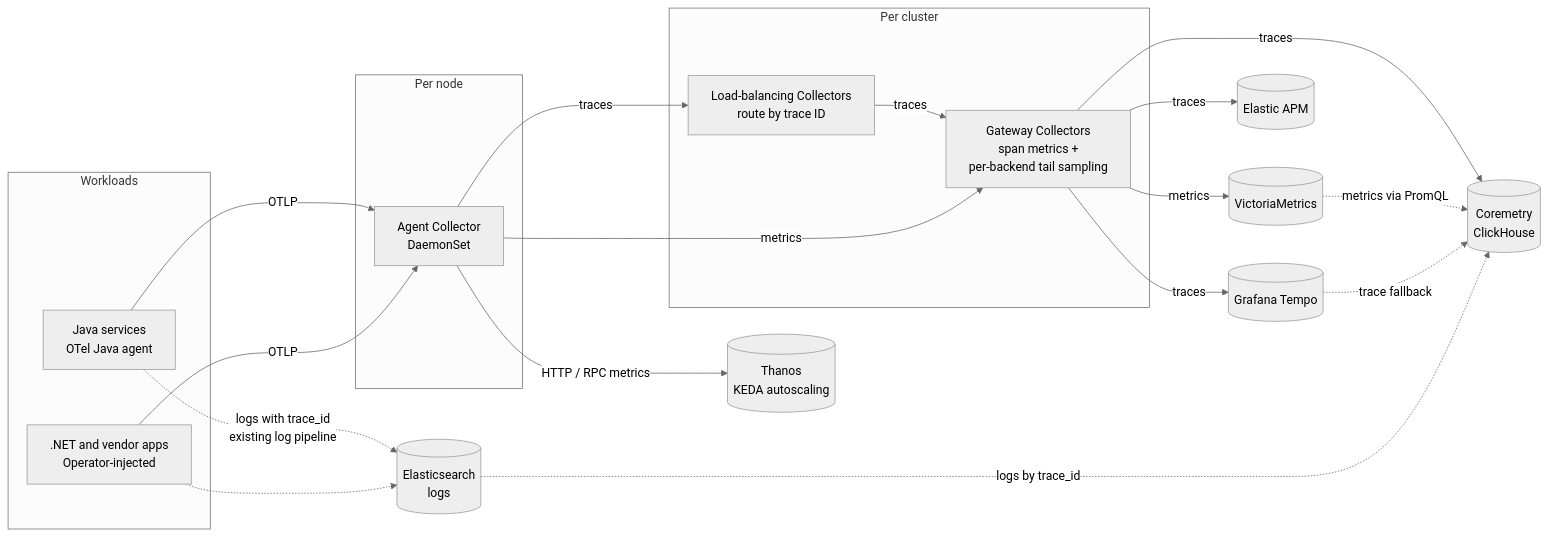
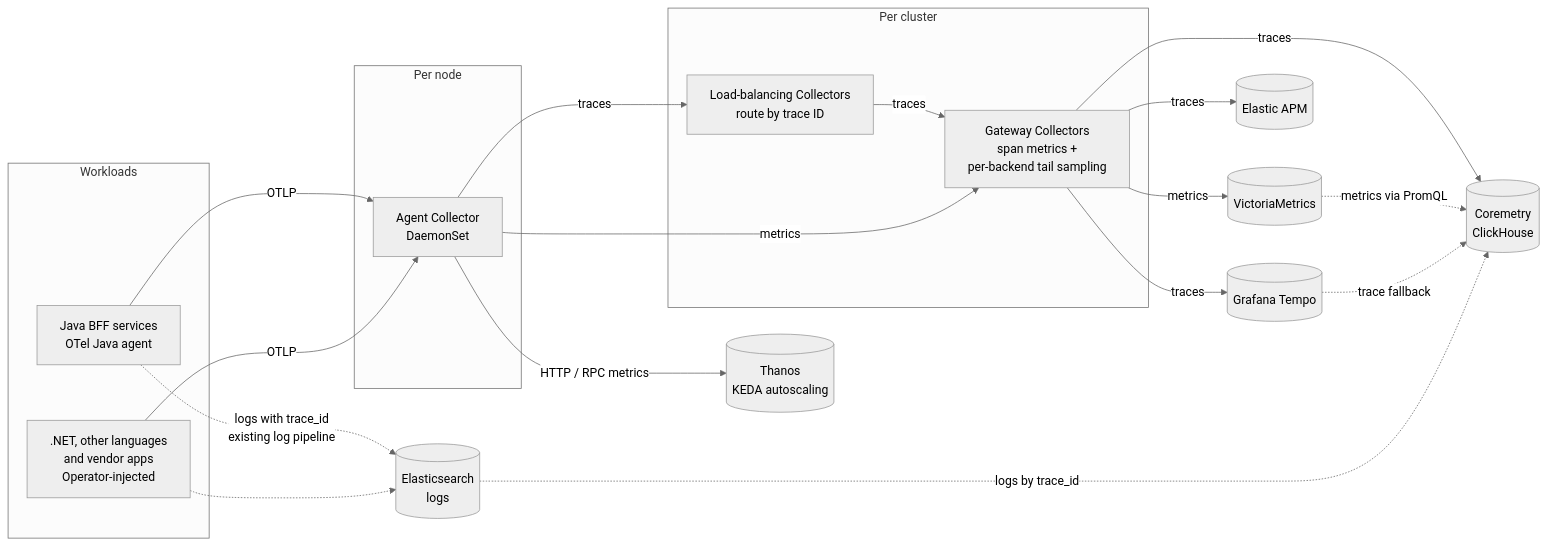
Before and after one commit to open-telemetry/opentelemetry.io: the diagram in content/en/docs/guidance/reference-implementations/akbank/index.md, drawn with Mermaid (neutral theme). The commit also changed other lines of this file, not shown here.

Commit message:
Akbank reference implementation: Java BFF services; .NET and other languages

````diff
--- a/content/en/docs/guidance/reference-implementations/akbank/index.md
+++ b/content/en/docs/guidance/reference-implementations/akbank/index.md
@@ -143,29 +144,29 @@
 ```mermaid
 graph LR
   subgraph Workloads
-    J[Java services<br/>OTel Java agent]
-    N[.NET and vendor apps<br/>Operator-injected]
+    J[Java BFF services<br/>OTel Java agent]
+    N[.NET, other languages<br/>and vendor apps<br/>Operator-injected]
   end
   subgraph Per node
     A[Agent Collector<br/>DaemonSet]
   end
   subgraph Per cluster
     LB[Load-balancing Collectors<br/>route by trace ID]
     G[Gateway Collectors<br/>span metrics +<br/>per-backend tail sampling]
   end
   J -->|OTLP| A
   N -->|OTLP| A
   A -->|traces| LB
   LB -->|traces| G
   A -->|metrics| G
   A -->|HTTP / RPC metrics| K[(Thanos<br/>KEDA autoscaling)]
   G -->|traces| T[(Grafana Tempo)]
   G -->|traces| EA[(Elastic APM)]
   G -->|traces| C[(Coremetry<br/>ClickHouse)]
   G -->|metrics| M[(VictoriaMetrics)]
   M -.->|metrics via PromQL| C
   J -.->|logs with trace_id<br/>existing log pipeline| E[(Elasticsearch<br/>logs)]
   N -.-> E
   T -.->|trace fallback| C
   E -.->|logs by trace_id| C
 ```
````
